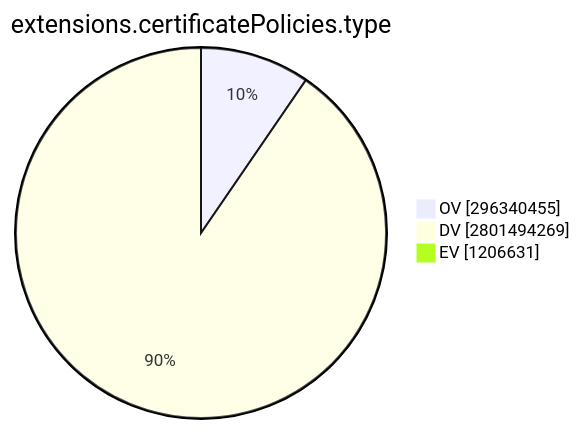
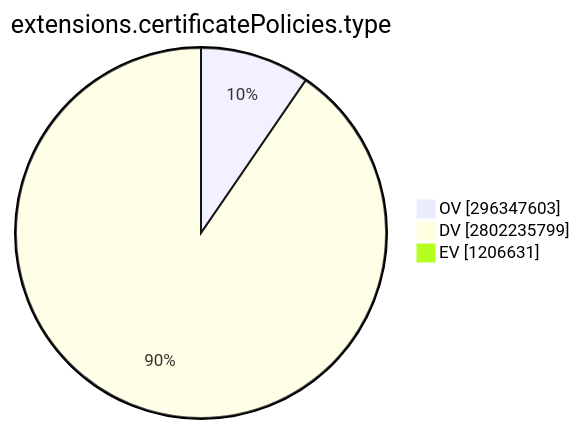
Before and after one commit to christiankrug/ctmonitor_visualization: the ninth of 15 diagrams in TOTAL/README.md, drawn with Mermaid. The commit also changed other lines of this file, not shown here.

````diff
--- a/TOTAL/README.md
+++ b/TOTAL/README.md
@@ -3099,7 +3099,7 @@
 ```mermaid
 pie showData
 title extensions.certificatePolicies.type
-"OV" :296340455
-"DV" :2801494269
+"OV" :296347603
+"DV" :2802235799
 "EV" :1206631
 ```
````
